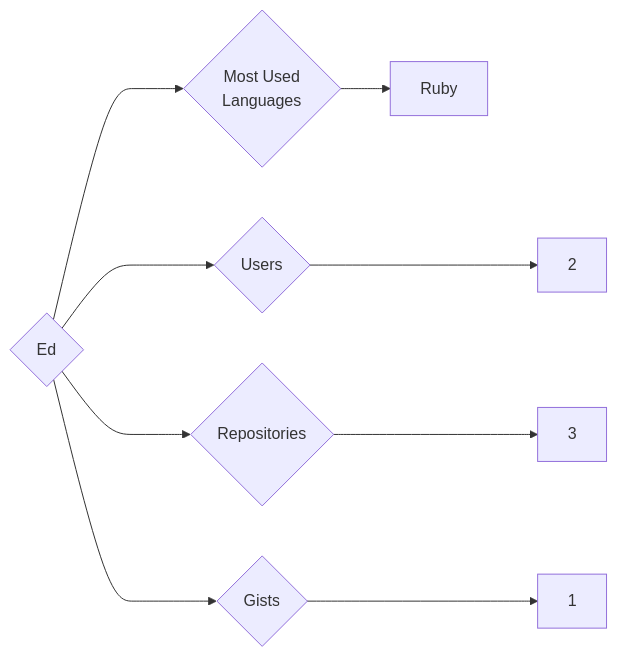
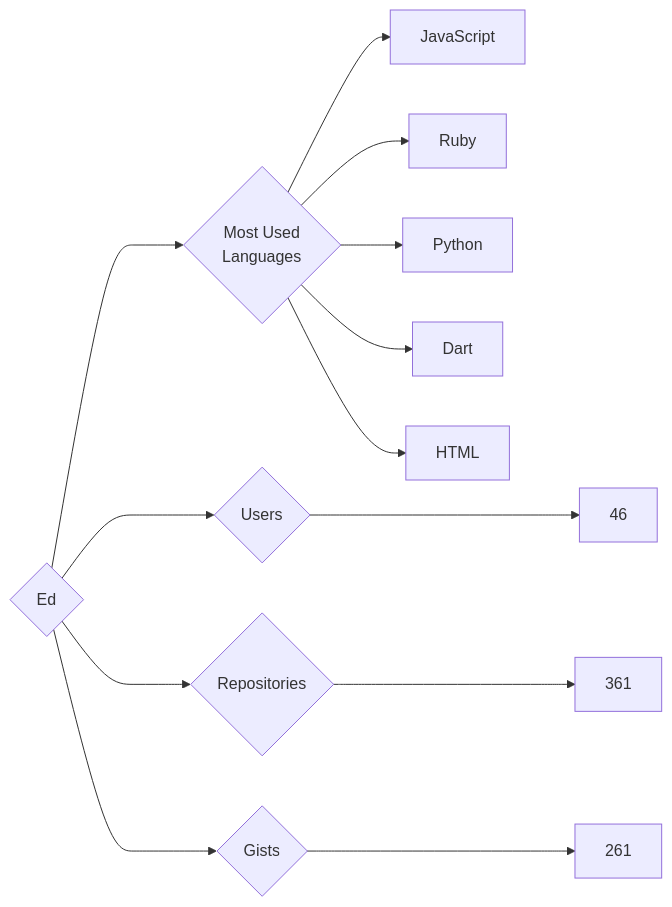
The diagram in targets/Ed/README.md (trickest/insiders), drawn with Mermaid before and after one commit. The commit also changed 838 other files, not shown here.

````diff
--- a/targets/Ed/README.md
+++ b/targets/Ed/README.md
@@ -3,9 +3,13 @@
 ```mermaid
 graph LR
 COMPANY_NAME{Ed}
-COMPANY_NAME ---> U{Users} ---> UN[2]
-COMPANY_NAME ---> R{Repositories} ---> RN[3]
-COMPANY_NAME ---> G{Gists} ---> GN[1]
+COMPANY_NAME ---> U{Users} ---> UN[46]
+COMPANY_NAME ---> R{Repositories} ---> RN[361]
+COMPANY_NAME ---> G{Gists} ---> GN[261]
 COMPANY_NAME ---> ML{Most Used<br>Languages}
+ML --> JavaScript[JavaScript]
 ML --> Ruby[Ruby]
+ML --> Python[Python]
+ML --> Dart[Dart]
+ML --> HTML[HTML]
 ```
````
